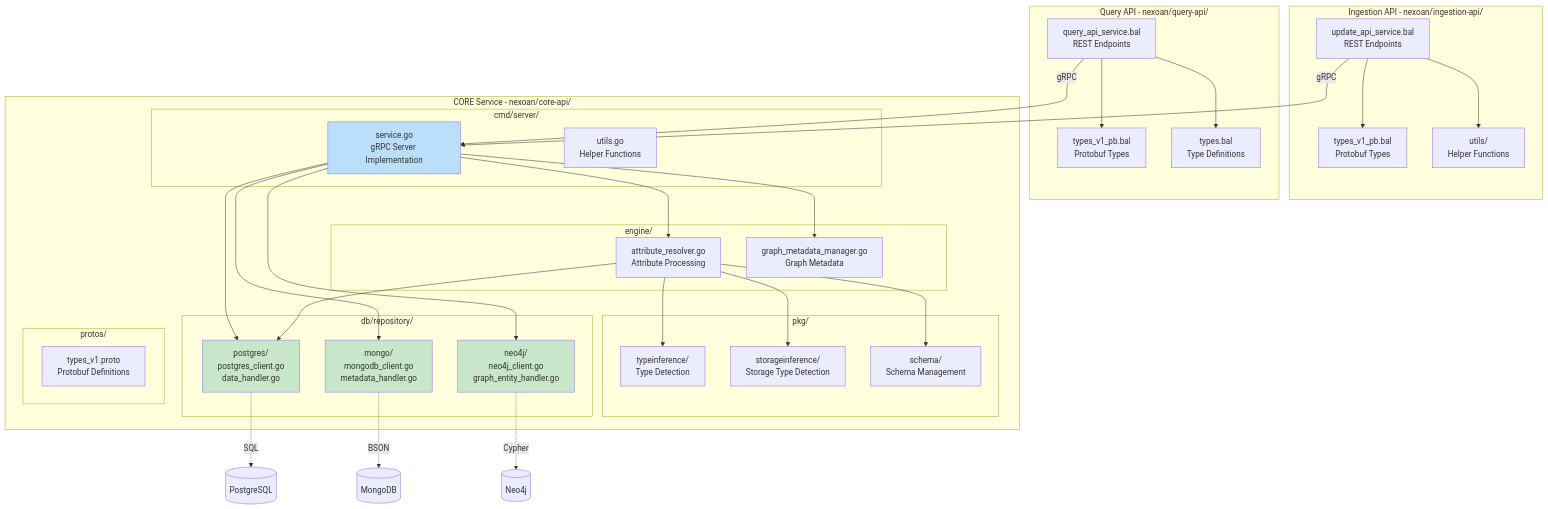
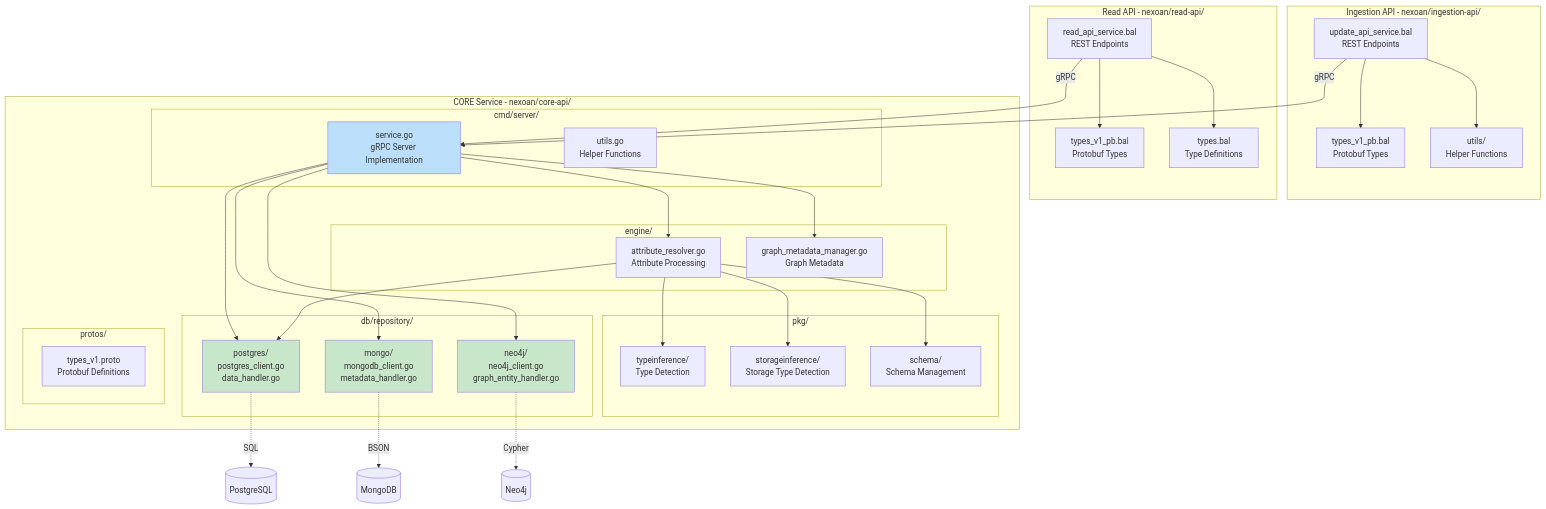
Before and after one commit to LDFLK/nexoan: the fourth of 10 diagrams in docs/architecture/diagrams.md, drawn with Mermaid. The commit also changed 28 other files, not shown here.

Commit message:
Refactor Query API to Read API

````diff
--- a/docs/architecture/diagrams.md
+++ b/docs/architecture/diagrams.md
@@ -188,71 +188,71 @@
 ```mermaid
 graph TB
     subgraph "Ingestion API - nexoan/ingestion-api/"
         UA_Service[update_api_service.bal<br/>REST Endpoints]
         UA_Types[types_v1_pb.bal<br/>Protobuf Types]
         UA_Utils[utils/<br/>Helper Functions]
         
         UA_Service --> UA_Types
         UA_Service --> UA_Utils
     end
     
-    subgraph "Query API - nexoan/query-api/"
-        QA_Service[query_api_service.bal<br/>REST Endpoints]
+    subgraph "Read API - nexoan/read-api/"
+        QA_Service[read_api_service.bal<br/>REST Endpoints]
         QA_Types[types_v1_pb.bal<br/>Protobuf Types]
         QA_Utils[types.bal<br/>Type Definitions]
         
         QA_Service --> QA_Types
         QA_Service --> QA_Utils
     end
     
     subgraph "CORE Service - nexoan/core-api/"
         subgraph "cmd/server/"
             Server[service.go<br/>gRPC Server Implementation]
             Utils[utils.go<br/>Helper Functions]
         end
         
         subgraph "engine/"
             AttrResolver[attribute_resolver.go<br/>Attribute Processing]
             GraphMgr[graph_metadata_manager.go<br/>Graph Metadata]
         end
         
         subgraph "pkg/"
             TypeInf[typeinference/<br/>Type Detection]
             StorageInf[storageinference/<br/>Storage Type Detection]
             Schema[schema/<br/>Schema Management]
         end
         
         subgraph "db/repository/"
             MongoRepo[mongo/<br/>mongodb_client.go<br/>metadata_handler.go]
             Neo4jRepo[neo4j/<br/>neo4j_client.go<br/>graph_entity_handler.go]
             PostgresRepo[postgres/<br/>postgres_client.go<br/>data_handler.go]
         end
         
         subgraph "protos/"
             Proto[types_v1.proto<br/>Protobuf Definitions]
         end
         
         Server --> AttrResolver
         Server --> GraphMgr
         Server --> MongoRepo
         Server --> Neo4jRepo
         Server --> PostgresRepo
         
         AttrResolver --> TypeInf
         AttrResolver --> StorageInf
         AttrResolver --> Schema
         AttrResolver --> PostgresRepo
     end
     
     UA_Service -->|gRPC| Server
     QA_Service -->|gRPC| Server
     
     MongoRepo -.->|BSON| MongoDB[(MongoDB)]
     Neo4jRepo -.->|Cypher| Neo4j[(Neo4j)]
     PostgresRepo -.->|SQL| PostgreSQL[(PostgreSQL)]
     
     style Server fill:#bbdefb
     style MongoRepo fill:#c8e6c9
     style Neo4jRepo fill:#c8e6c9
     style PostgresRepo fill:#c8e6c9
 ```
````
